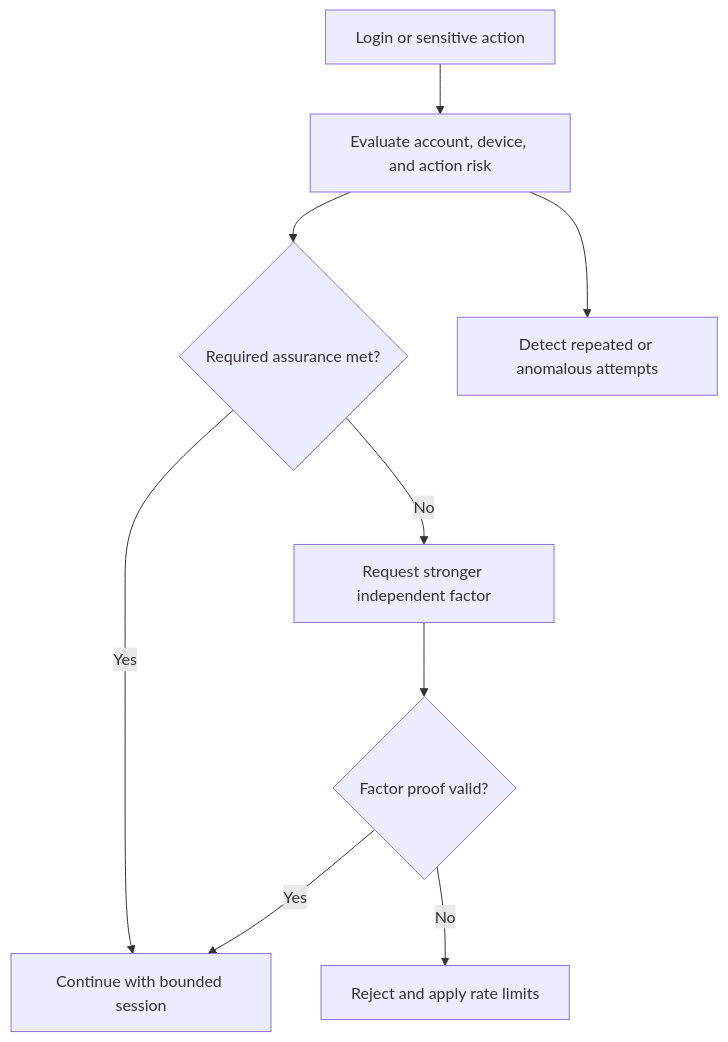
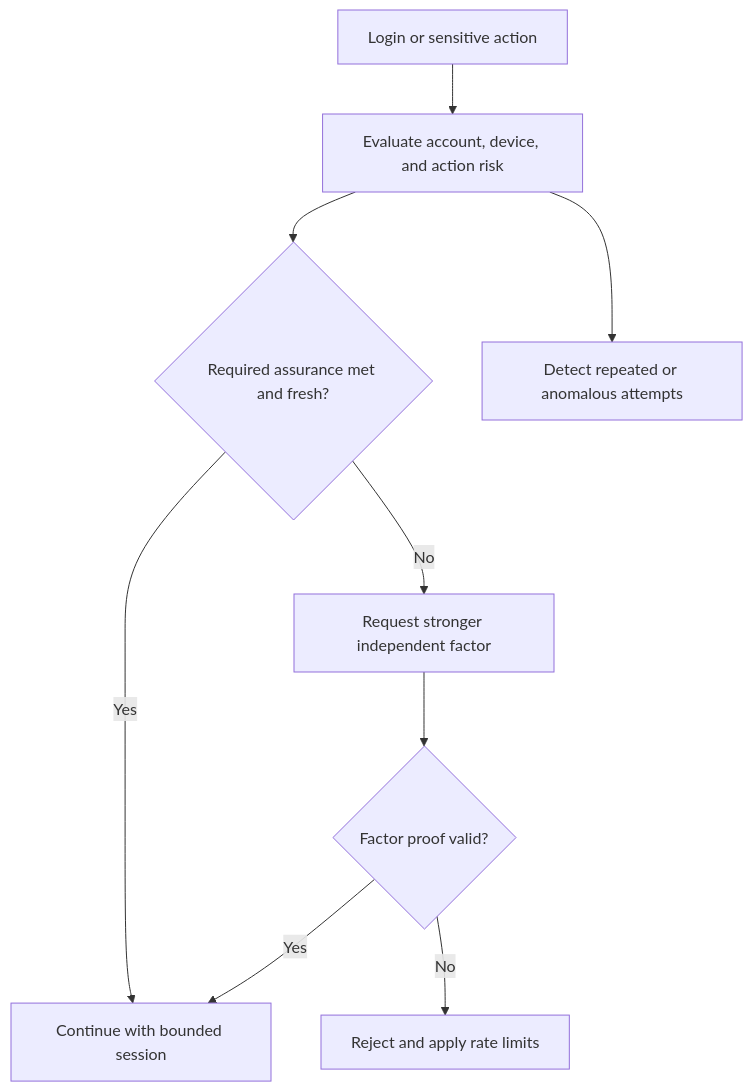
One commit to joydasss/Architect changed the fifth of 13 diagrams in 15_Security/CH02_Authentication.md. Above: the diagram before and after it, drawn with Mermaid. The commit also changed other lines of this file and 295 other files, not shown here.

````diff
--- a/15_Security/CH02_Authentication.md
+++ b/15_Security/CH02_Authentication.md
@@ -40,11 +189,11 @@
 ```mermaid
 flowchart TD
-    Request[Login or sensitive action] --> Risk[Evaluate account, device, and action risk]
-    Risk --> Assurance{Required assurance met?}
-    Assurance -->|Yes| Continue[Continue with bounded session]
-    Assurance -->|No| StepUp[Request stronger independent factor]
-    StepUp --> Verify{Factor proof valid?}
+    Request["Login or sensitive action"] --> Risk["Evaluate account, device, and action risk"]
+    Risk --> Assurance{"Required assurance met and fresh?"}
+    Assurance -->|Yes| Continue["Continue with bounded session"]
+    Assurance -->|No| StepUp["Request stronger independent factor"]
+    StepUp --> Verify{"Factor proof valid?"}
     Verify -->|Yes| Continue
-    Verify -->|No| Deny[Reject and apply rate limits]
-    Risk --> Abuse[Detect repeated or anomalous attempts]
+    Verify -->|No| Deny["Reject and apply rate limits"]
+    Risk --> Abuse["Detect repeated or anomalous attempts"]
 ```
````
